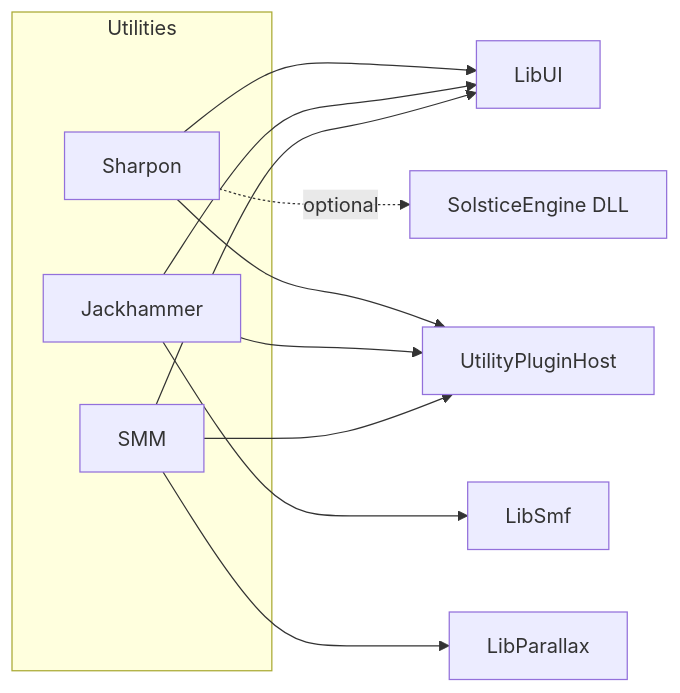
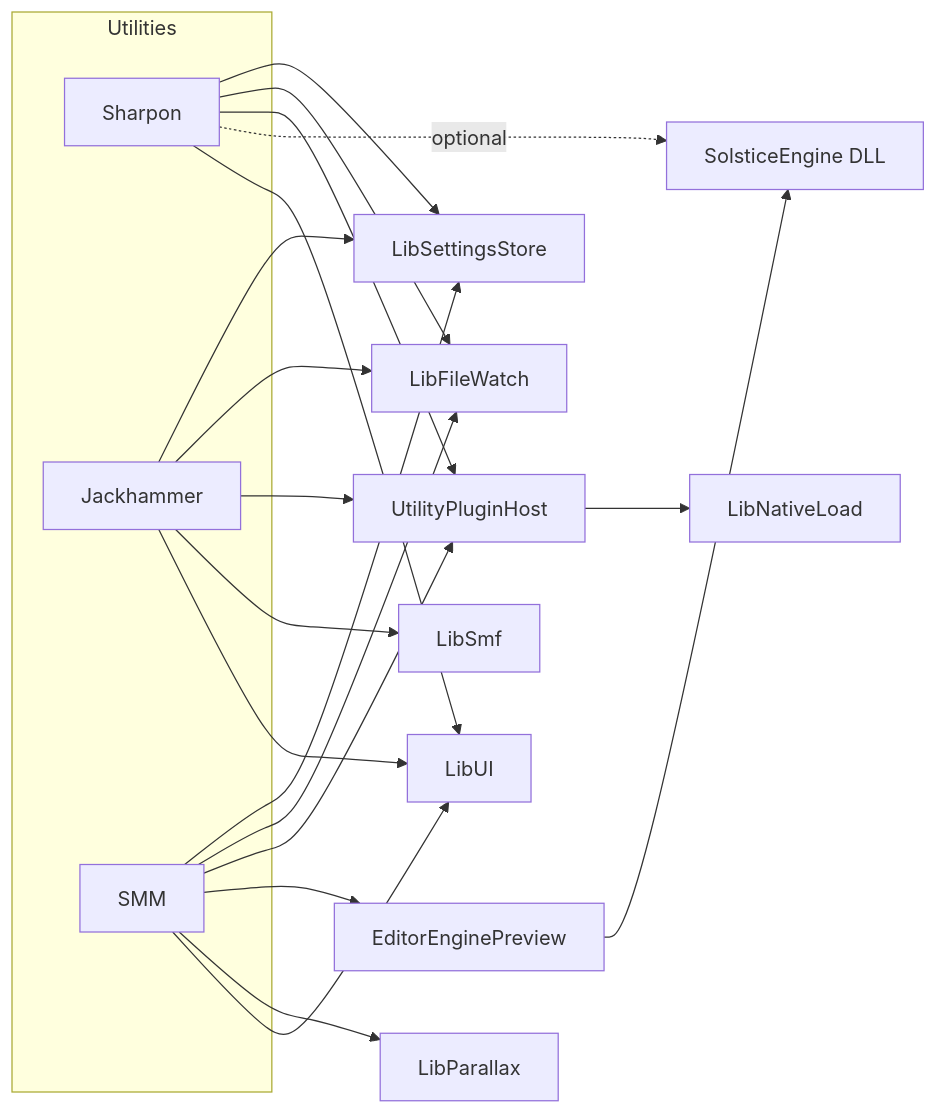
Before and after one commit to bumbelbee777/Solstice: the diagram in docs/Utilities.md, drawn with Mermaid. The commit also changed other lines of this file and 326 other files, not shown here.

````diff
--- a/docs/Utilities.md
+++ b/docs/Utilities.md
@@ -15,22 +15,35 @@
 ```mermaid
 flowchart LR
   subgraph apps [Utilities]
     Sharpon
     Jackhammer
     SMM
   end
   LibUI[LibUI]
   LibSmf[LibSmf]
   LibParallax[LibParallax]
+  LNL[LibNativeLoad]
+  LFW[LibFileWatch]
+  LSS[LibSettingsStore]
   Engine[SolsticeEngine DLL]
   Sharpon --> LibUI
   Jackhammer --> LibUI
   Jackhammer --> LibSmf
   SMM --> LibUI
   SMM --> LibParallax
+  EEP[EditorEnginePreview]
+  SMM --> EEP
+  EEP --> Engine
   Sharpon -. optional .-> Engine
   UPH[UtilityPluginHost]
   Sharpon --> UPH
   Jackhammer --> UPH
   SMM --> UPH
+  UPH --> LNL
+  Sharpon --> LFW
+  Jackhammer --> LFW
+  SMM --> LFW
+  Sharpon --> LSS
+  Jackhammer --> LSS
+  SMM --> LSS
 ```
````
